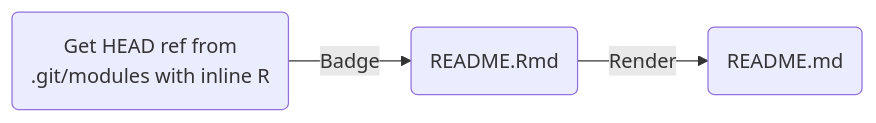
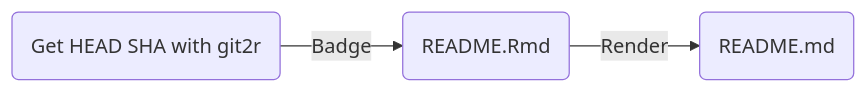
One commit to kleinlennart/kleinbutsignificant.com changed the diagram in content/post/2024-01-11-github-commit-difference-badge/index.qmd. Above: the diagram before and after it, drawn with Mermaid. The commit also changed other lines of this file and 11 other files, not shown here.

````diff
--- a/content/post/2024-01-11-github-commit-difference-badge/index.qmd
+++ b/content/post/2024-01-11-github-commit-difference-badge/index.qmd
@@ -101,5 +94,5 @@
 ```{mermaid}
 %%| echo: false # output mermaid code with chunk?
 flowchart LR
-  git(Get HEAD ref from\n .git/modules with inline R) -->|Badge| rmd(README.Rmd) -->|Render| md(README.md) 
+  git(Get HEAD SHA with git2r) -->|Badge| rmd(README.Rmd) -->|Render| md(README.md) 
 ```
````
